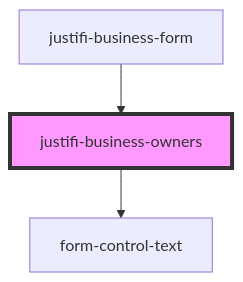
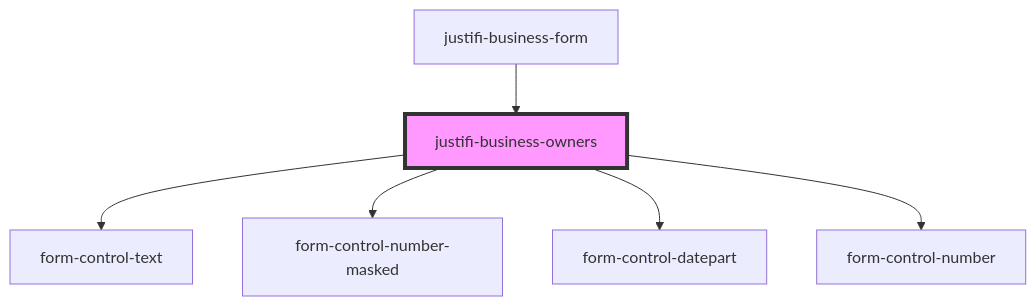
One commit to justifi-tech/web-component-library changed the diagram in stencil-library/src/components/business-form/business-owners/readme.md. Above: the diagram before and after it, drawn with Mermaid. The commit also changed other lines of this file and 18 other files, not shown here.

````diff
--- a/stencil-library/src/components/business-form/business-owners/readme.md
+++ b/stencil-library/src/components/business-form/business-owners/readme.md
@@ -26,6 +30,9 @@
 ```mermaid
 graph TD;
   justifi-business-owners --> form-control-text
+  justifi-business-owners --> form-control-number-masked
+  justifi-business-owners --> form-control-datepart
+  justifi-business-owners --> form-control-number
   justifi-business-form --> justifi-business-owners
   style justifi-business-owners fill:#f9f,stroke:#333,stroke-width:4px
 ```
````
